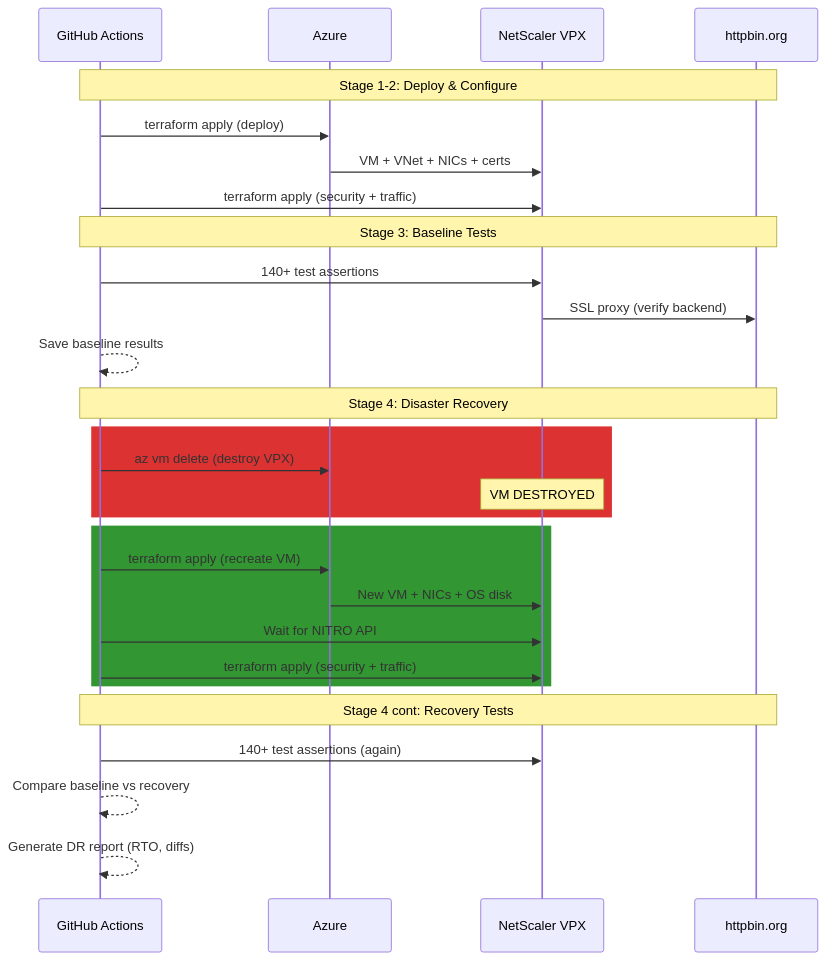
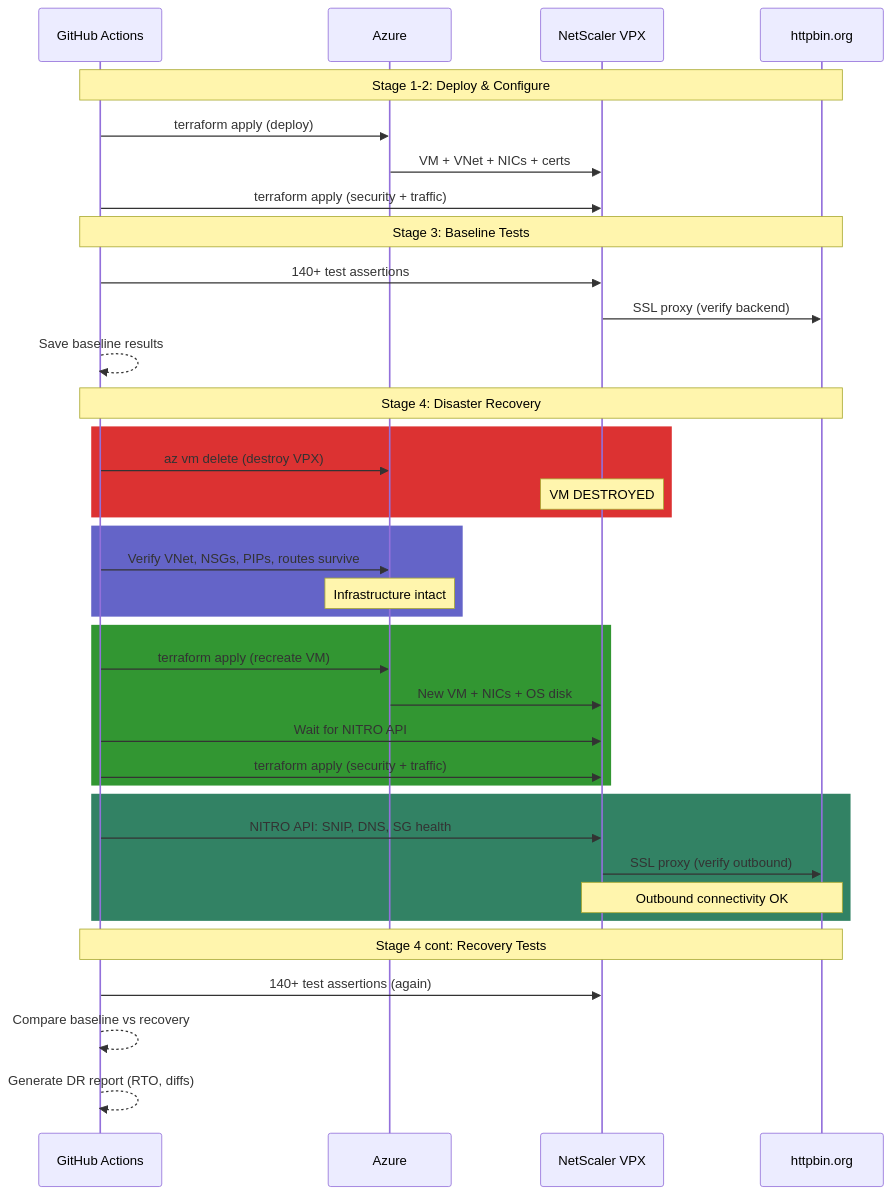
Before and after one commit to sharpbit-ae/netscaler-policy-as-code: the diagram in README.md, drawn with Mermaid. The commit also changed other lines of this file and 1 other file, not shown here.

First line of the commit message:
Add infrastructure survival checks and VPX outbound connectivity validation

````diff
--- a/README.md
+++ b/README.md
@@ -15,35 +15,46 @@
 ```mermaid
 sequenceDiagram
     participant GHA as GitHub Actions
     participant AZ as Azure
     participant VPX as NetScaler VPX
     participant BE as httpbin.org
 
     Note over GHA,BE: Stage 1-2: Deploy & Configure
     GHA->>AZ: terraform apply (deploy)
     AZ->>VPX: VM + VNet + NICs + certs
     GHA->>VPX: terraform apply (security + traffic)
 
     Note over GHA,BE: Stage 3: Baseline Tests
     GHA->>VPX: 140+ test assertions
     VPX->>BE: SSL proxy (verify backend)
     GHA-->>GHA: Save baseline results
 
     Note over GHA,BE: Stage 4: Disaster Recovery
     rect rgb(220, 50, 50)
         GHA->>AZ: az vm delete (destroy VPX)
         Note over VPX: VM DESTROYED
     end
 
+    rect rgb(100, 100, 200)
+        GHA->>AZ: Verify VNet, NSGs, PIPs, routes survive
+        Note over AZ: Infrastructure intact
+    end
+
     rect rgb(50, 150, 50)
         GHA->>AZ: terraform apply (recreate VM)
         AZ->>VPX: New VM + NICs + OS disk
         GHA->>VPX: Wait for NITRO API
         GHA->>VPX: terraform apply (security + traffic)
     end
 
+    rect rgb(50, 130, 100)
+        GHA->>VPX: NITRO API: SNIP, DNS, SG health
+        VPX->>BE: SSL proxy (verify outbound)
+        Note over VPX,BE: Outbound connectivity OK
+    end
+
     Note over GHA,BE: Stage 4 cont: Recovery Tests
     GHA->>VPX: 140+ test assertions (again)
     GHA-->>GHA: Compare baseline vs recovery
     GHA-->>GHA: Generate DR report (RTO, diffs)
 ```
````
